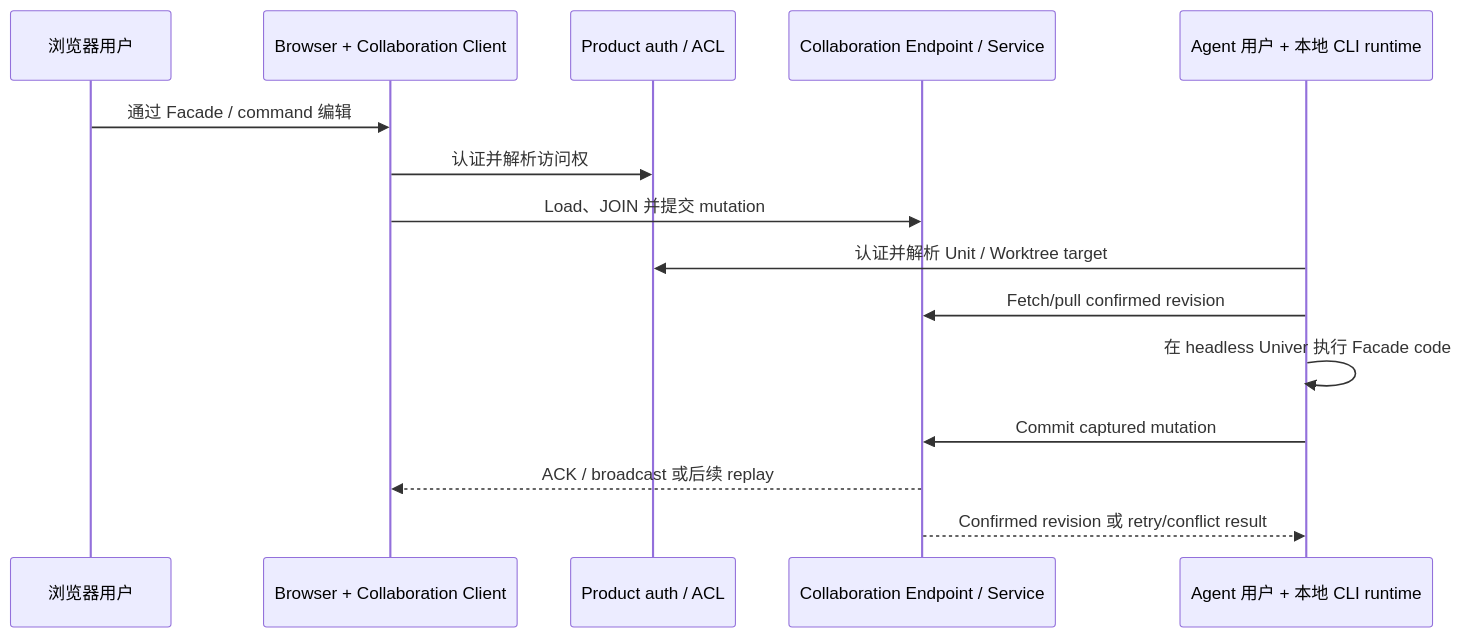
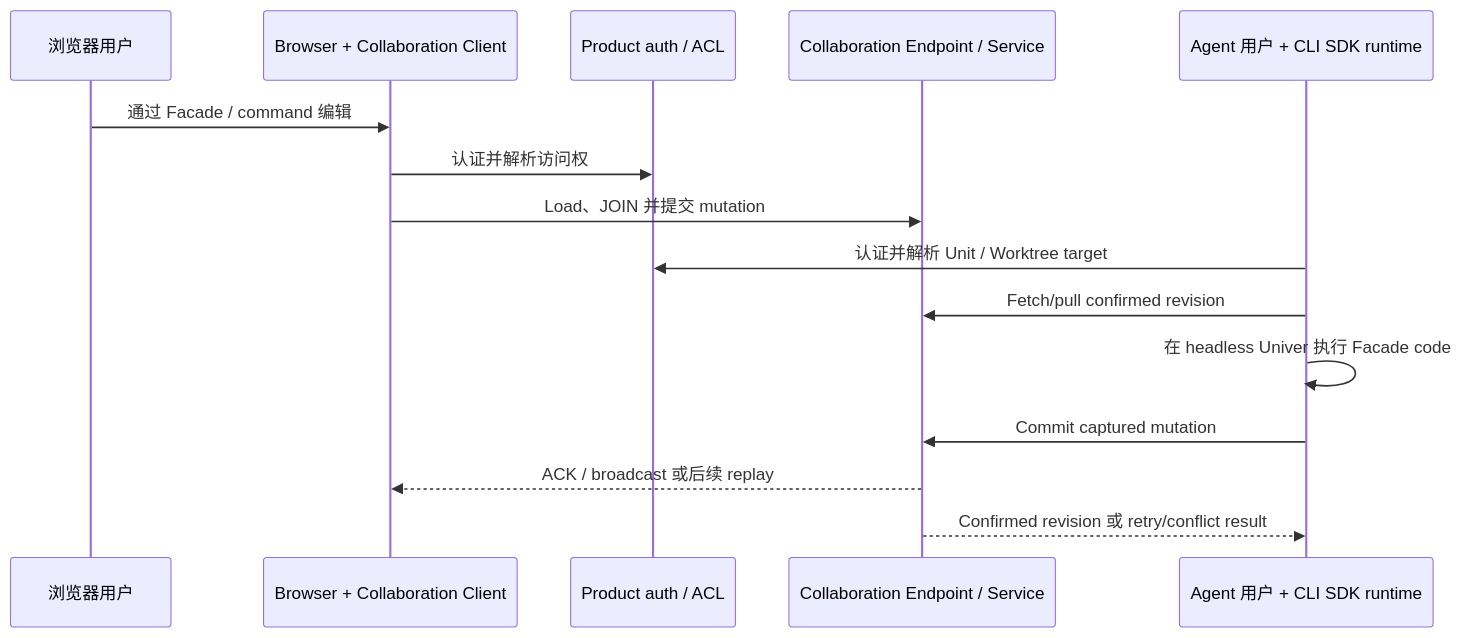
One commit to dream-num/skills changed the third of 5 diagrams in docs/univer-office-suite/architecture.zh-CN.md. Above: the diagram before and after it, drawn with Mermaid. The commit also changed other lines of this file and 10 other files, not shown here.

Commit message:
docs: clarify Univer SDK architecture layers

````diff
--- a/docs/univer-office-suite/architecture.zh-CN.md
+++ b/docs/univer-office-suite/architecture.zh-CN.md
@@ -97,18 +101,18 @@
 ```mermaid
 sequenceDiagram
     participant Human as 浏览器用户
     participant Browser as Browser + Collaboration Client
     participant Product as Product auth / ACL
     participant Collab as Collaboration Endpoint / Service
-    participant Agent as Agent 用户 + 本地 CLI runtime
+    participant Agent as Agent 用户 + CLI SDK runtime
 
     Human->>Browser: 通过 Facade / command 编辑
     Browser->>Product: 认证并解析访问权
     Browser->>Collab: Load、JOIN 并提交 mutation
     Agent->>Product: 认证并解析 Unit / Worktree target
     Agent->>Collab: Fetch/pull confirmed revision
     Agent->>Agent: 在 headless Univer 执行 Facade code
     Agent->>Collab: Commit captured mutation
     Collab-->>Browser: ACK / broadcast 或后续 replay
     Collab-->>Agent: Confirmed revision 或 retry/conflict result
 ```
````
